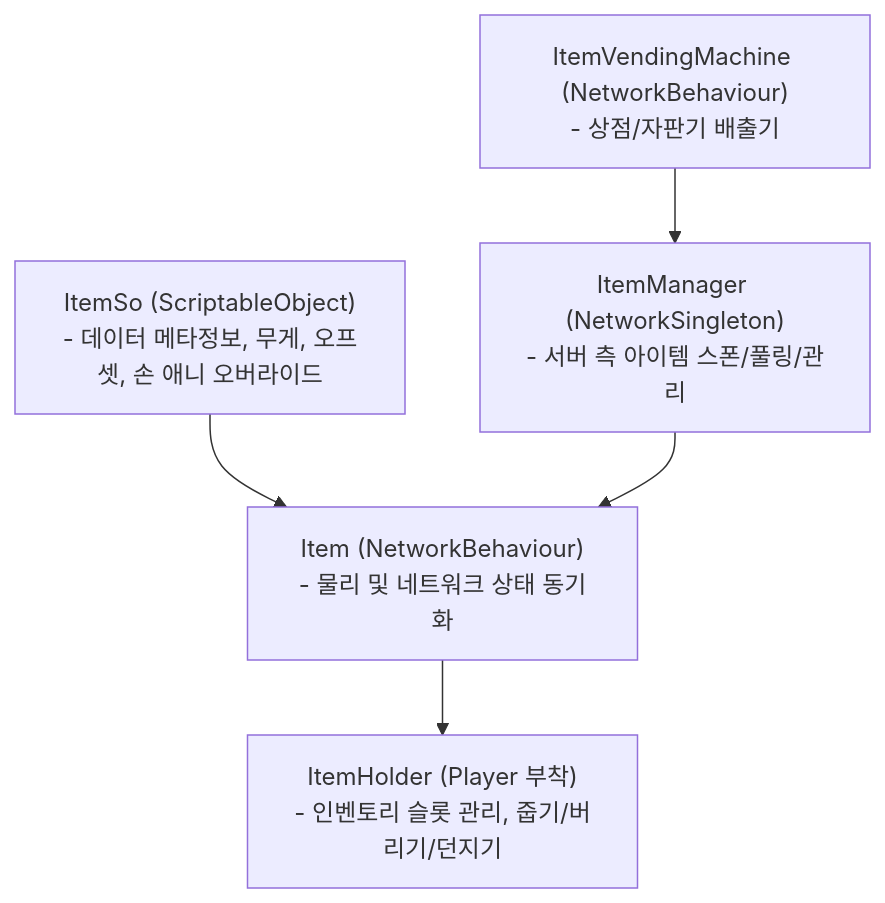
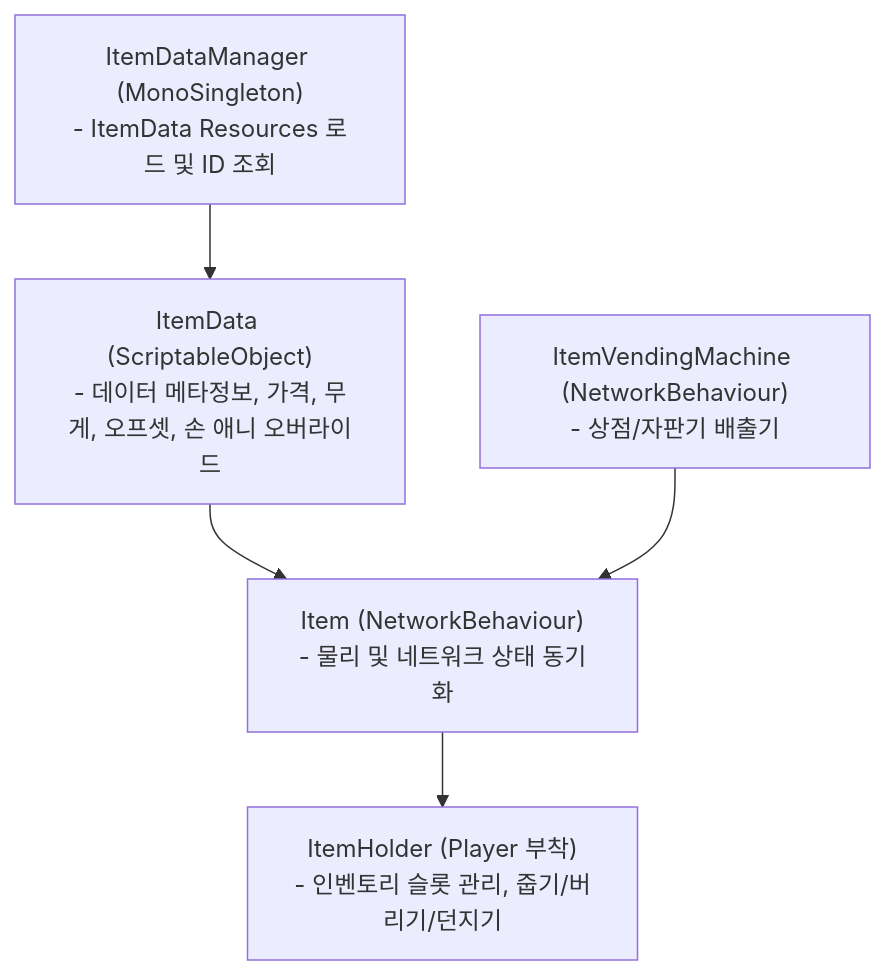
The diagram in .agents/docs/wiki/item.md (pqowp90/ExplosiveFactory), drawn with Mermaid before and after one commit. The commit also changed other lines of this file and 3 other files, not shown here.

Commit message:
docs: update architecture guidelines and item system documentation

````diff
--- a/.agents/docs/wiki/item.md
+++ b/.agents/docs/wiki/item.md
@@ -9,13 +9,13 @@
 ```mermaid
 graph TD
-    ItemSo["ItemSo (ScriptableObject)\n- 데이터 메타정보, 무게, 오프셋, 손 애니 오버라이드"]
+    ItemData["ItemData (ScriptableObject)\n- 데이터 메타정보, 가격, 무게, 오프셋, 손 애니 오버라이드"]
     Item["Item (NetworkBehaviour)\n- 물리 및 네트워크 상태 동기화"]
     ItemHolder["ItemHolder (Player 부착)\n- 인벤토리 슬롯 관리, 줍기/버리기/던지기"]
     ItemVendingMachine["ItemVendingMachine (NetworkBehaviour)\n- 상점/자판기 배출기"]
-    ItemManager["ItemManager (NetworkSingleton)\n- 서버 측 아이템 스폰/풀링/관리"]
+    ItemDataManager["ItemDataManager (MonoSingleton)\n- ItemData Resources 로드 및 ID 조회"]
 
-    ItemSo --> Item
+    ItemData --> Item
     Item --> ItemHolder
-    ItemVendingMachine --> ItemManager
-    ItemManager --> Item
+    ItemVendingMachine --> Item
+    ItemDataManager --> ItemData
 ```
````
